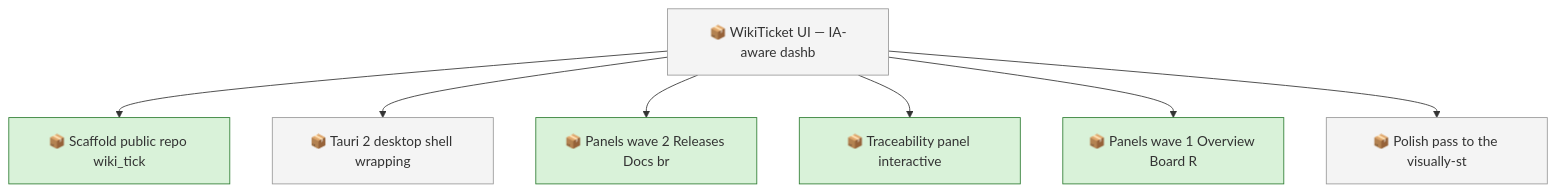
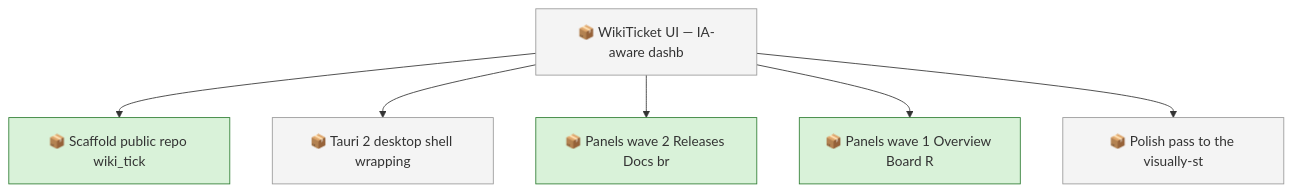
One commit to SpillwaveSolutions/wiki_ticket_sdd_ui changed the first of 2 diagrams in docs/roadmap.md. Above: the diagram before and after it, drawn with Mermaid. The commit also changed other lines of this file and 4 other files, not shown here.

First line of the commit message:
feat(web): Traceability panel — interactive evidence-chain explorer (#7)

````diff
--- a/docs/roadmap.md
+++ b/docs/roadmap.md
@@ -48,20 +47,18 @@
 ```mermaid
 graph TD
     01KY5ZZX8Y6N7E5YQYP4X1V7VA["📦 Scaffold public repo wiki_tick"]
     01KY5ZZX8YXD5YDJKQGJ3VCCHN["📦 WikiTicket UI — IA-aware dashb"]
     01KY5ZZX8Z46K7BCSPPFKN23JZ["📦 Tauri 2 desktop shell wrapping"]
     01KY5ZZX8ZBF099JH8N2ZRJKKE["📦 Panels wave 2 Releases Docs br"]
-    01KY5ZZX8ZJJX208WYH58MY9WS["📦 Traceability panel interactive"]
     01KY5ZZX8ZTV1ZYR8FYGBEWKJV["📦 Panels wave 1 Overview Board R"]
     01KY5ZZX8ZYPXTMVCGX4AAZQSG["📦 Polish pass to the visually-st"]
     01KY5ZZX8YXD5YDJKQGJ3VCCHN --> 01KY5ZZX8Y6N7E5YQYP4X1V7VA
     01KY5ZZX8YXD5YDJKQGJ3VCCHN --> 01KY5ZZX8Z46K7BCSPPFKN23JZ
     01KY5ZZX8YXD5YDJKQGJ3VCCHN --> 01KY5ZZX8ZBF099JH8N2ZRJKKE
-    01KY5ZZX8YXD5YDJKQGJ3VCCHN --> 01KY5ZZX8ZJJX208WYH58MY9WS
     01KY5ZZX8YXD5YDJKQGJ3VCCHN --> 01KY5ZZX8ZTV1ZYR8FYGBEWKJV
     01KY5ZZX8YXD5YDJKQGJ3VCCHN --> 01KY5ZZX8ZYPXTMVCGX4AAZQSG
     classDef todo fill:#f4f4f4,stroke:#999999
     class 01KY5ZZX8YXD5YDJKQGJ3VCCHN,01KY5ZZX8Z46K7BCSPPFKN23JZ,01KY5ZZX8ZYPXTMVCGX4AAZQSG todo
     classDef in_progress fill:#d9f2d9,stroke:#2e7d32
-    class 01KY5ZZX8Y6N7E5YQYP4X1V7VA,01KY5ZZX8ZBF099JH8N2ZRJKKE,01KY5ZZX8ZJJX208WYH58MY9WS,01KY5ZZX8ZTV1ZYR8FYGBEWKJV in_progress
+    class 01KY5ZZX8Y6N7E5YQYP4X1V7VA,01KY5ZZX8ZBF099JH8N2ZRJKKE,01KY5ZZX8ZTV1ZYR8FYGBEWKJV in_progress
 ```
````
